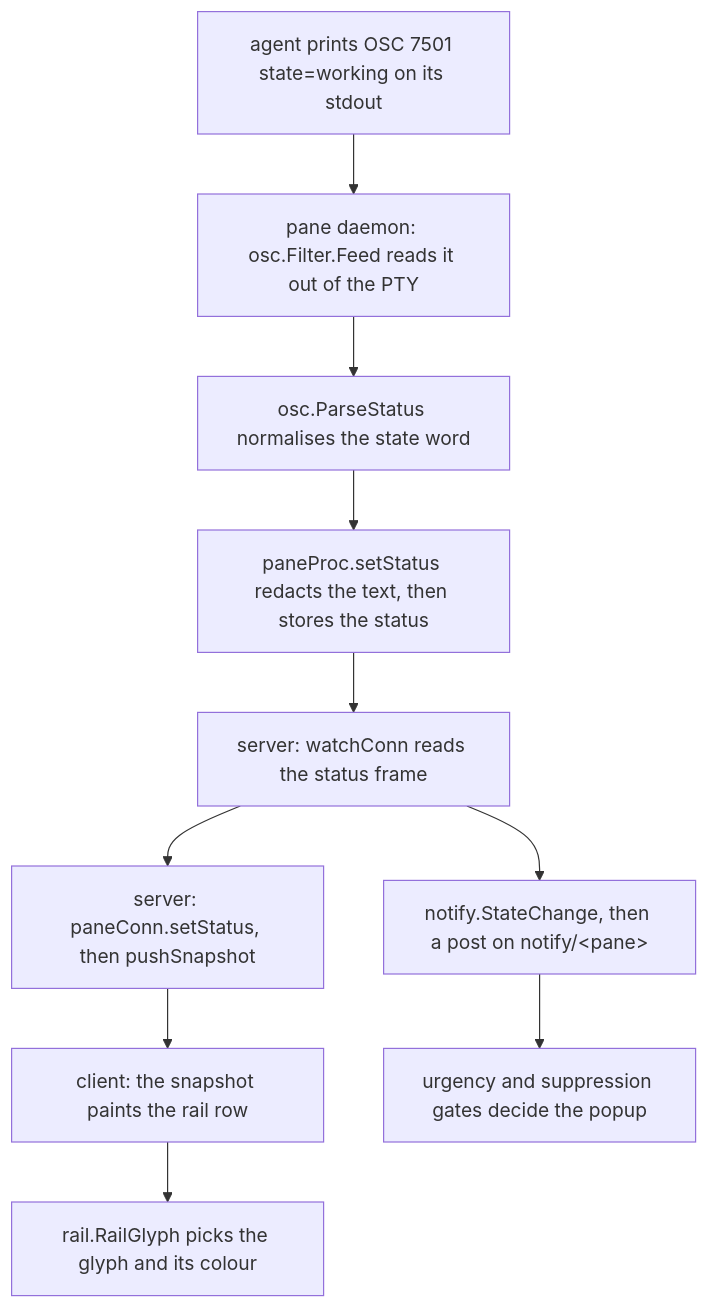
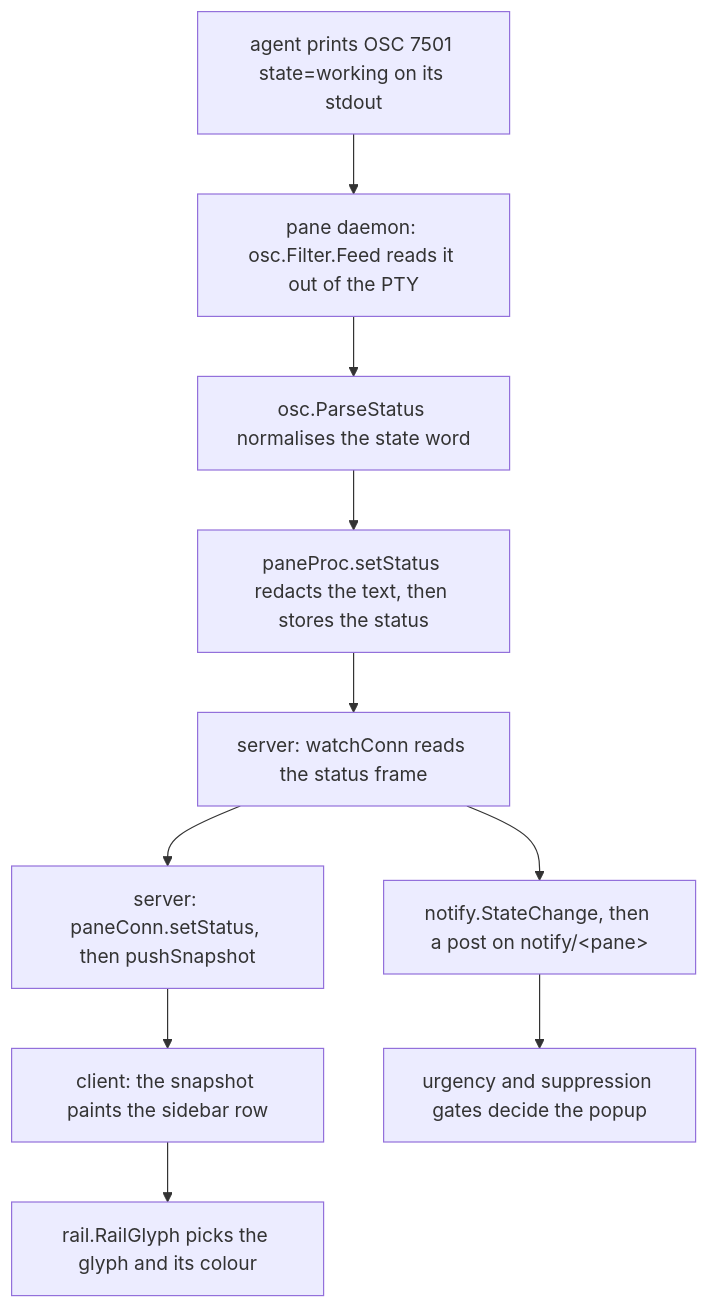
Before and after one commit to ladydascalie/dm: the diagram in docs/internals/08-surfaces.md, drawn with Mermaid. The commit also changed other lines of this file and 21 other files, not shown here.

````diff
--- a/docs/internals/08-surfaces.md
+++ b/docs/internals/08-surfaces.md
@@ -133,12 +230,12 @@
 ```mermaid
 flowchart TD
   A["agent prints OSC 7501 state=working on its stdout"] --> B["pane daemon: osc.Filter.Feed reads it out of the PTY"]
   B --> C["osc.ParseStatus normalises the state word"]
   C --> D["paneProc.setStatus redacts the text, then stores the status"]
   D --> E["server: watchConn reads the status frame"]
   E --> F["server: paneConn.setStatus, then pushSnapshot"]
-  F --> G["client: the snapshot paints the rail row"]
+  F --> G["client: the snapshot paints the sidebar row"]
   G --> H["rail.RailGlyph picks the glyph and its colour"]
   E --> I["notify.StateChange, then a post on notify/&lt;pane&gt;"]
   I --> J["urgency and suppression gates decide the popup"]
 ```
````
